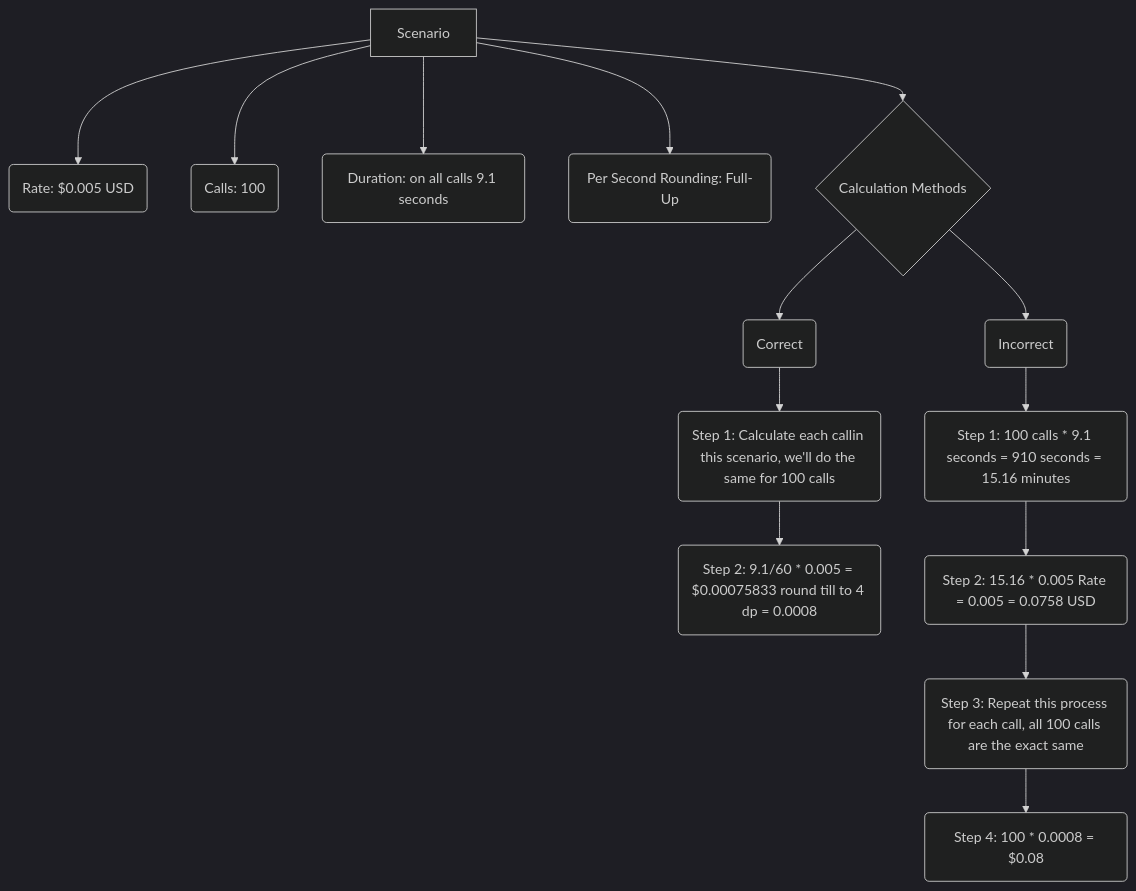
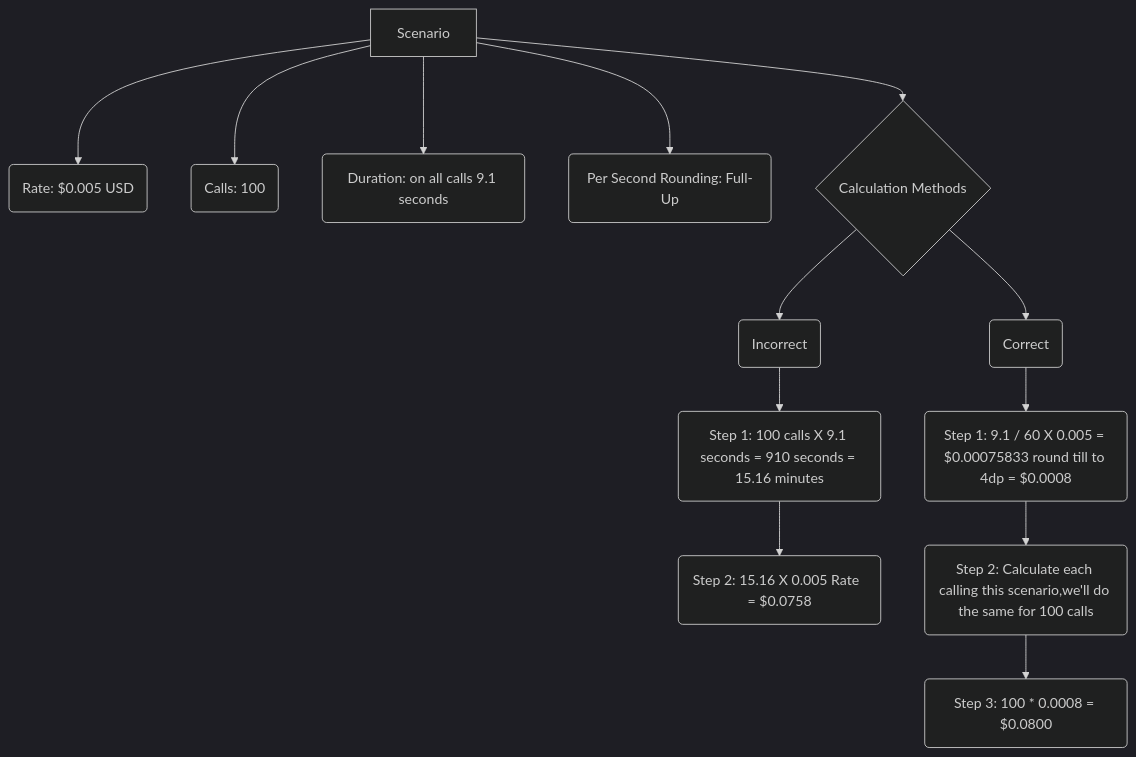
The first of 2 diagrams in docs/billing-basics.md (connexcs/docs), drawn with Mermaid (dark theme) before and after one commit. The commit also changed other lines of this file, not shown here.

````diff
--- a/docs/billing-basics.md
+++ b/docs/billing-basics.md
@@ -103,16 +141,15 @@
 ```mermaid
    graph TD
     A[Scenario] --> B(Rate: $0.005 USD)
     A[Scenario] --> C(Calls: 100) 
     A[Scenario] --> D(Duration: on all calls 9.1 seconds) 
     A[Scenario] --> E(Per Second Rounding: Full-Up)
     A[Scenario] --> F{Calculation Methods}
-    F -->G(Correct)
-    G --> I(Step 1: Calculate each callin this scenario, we'll do the same for 100 calls)
-    I --> J(Step 2: 9.1/60 * 0.005 = $0.00075833 round till to 4 dp = 0.0008)
-    F -->H(Incorrect)
-    H --> K(Step 1: 100 calls * 9.1 seconds = 910 seconds = 15.16 minutes)
-    K --> L(Step 2: 15.16 * 0.005 Rate = 0.005 = 0.0758 USD)  
-    L --> M(Step 3: Repeat this process for each call, all 100 calls are the exact same)  
-    M --> N(Step 4: 100 * 0.0008 = $0.08)
+    F --> G(Incorrect)
+    G --> I(Step 1: 100 calls X 9.1 seconds = 910 seconds = 15.16 minutes)
+    I --> J(Step 2: 15.16 X 0.005 Rate  = $0.0758)
+    F --> H(Correct)
+    H --> K(Step 1: 9.1 / 60 X 0.005 = $0.00075833 round till to 4dp = $0.0008)
+    K --> L(Step 2: Calculate each calling this scenario,we'll do the same for 100 calls)  
+    L --> M(Step 3: 100 * 0.0008 = $0.0800)  
 ```
````
